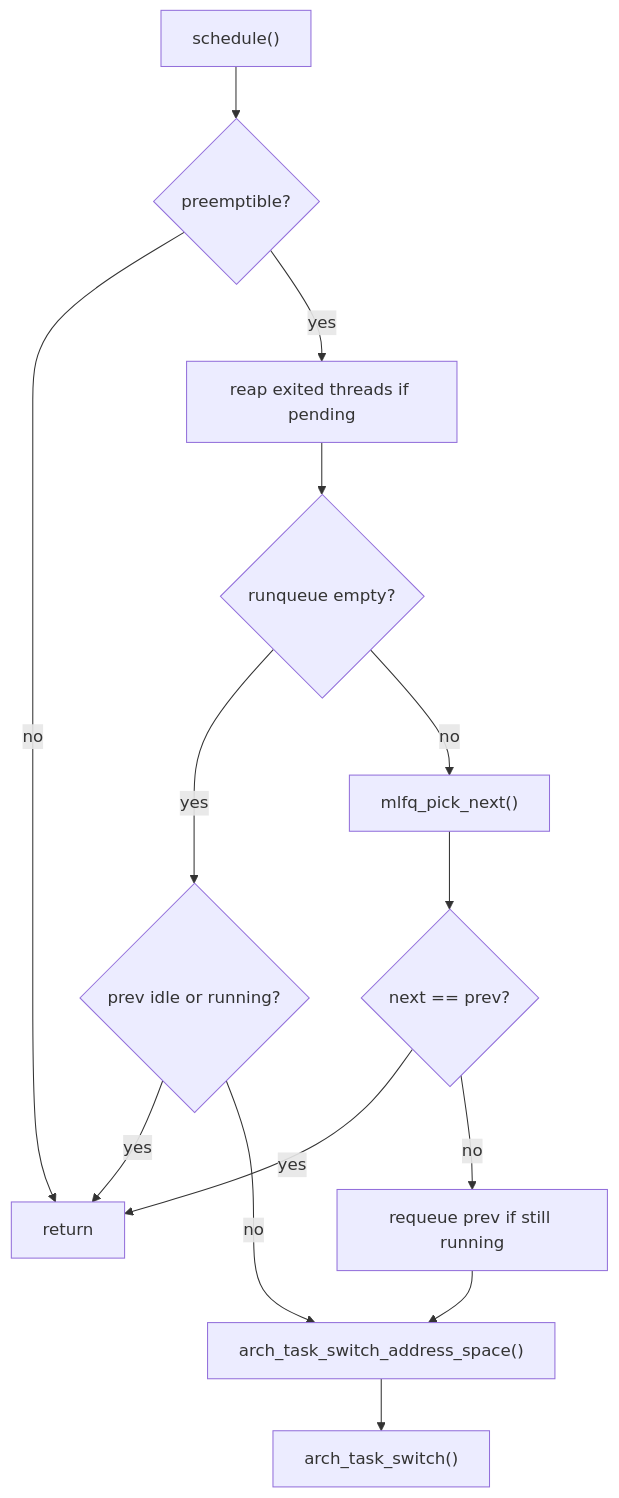
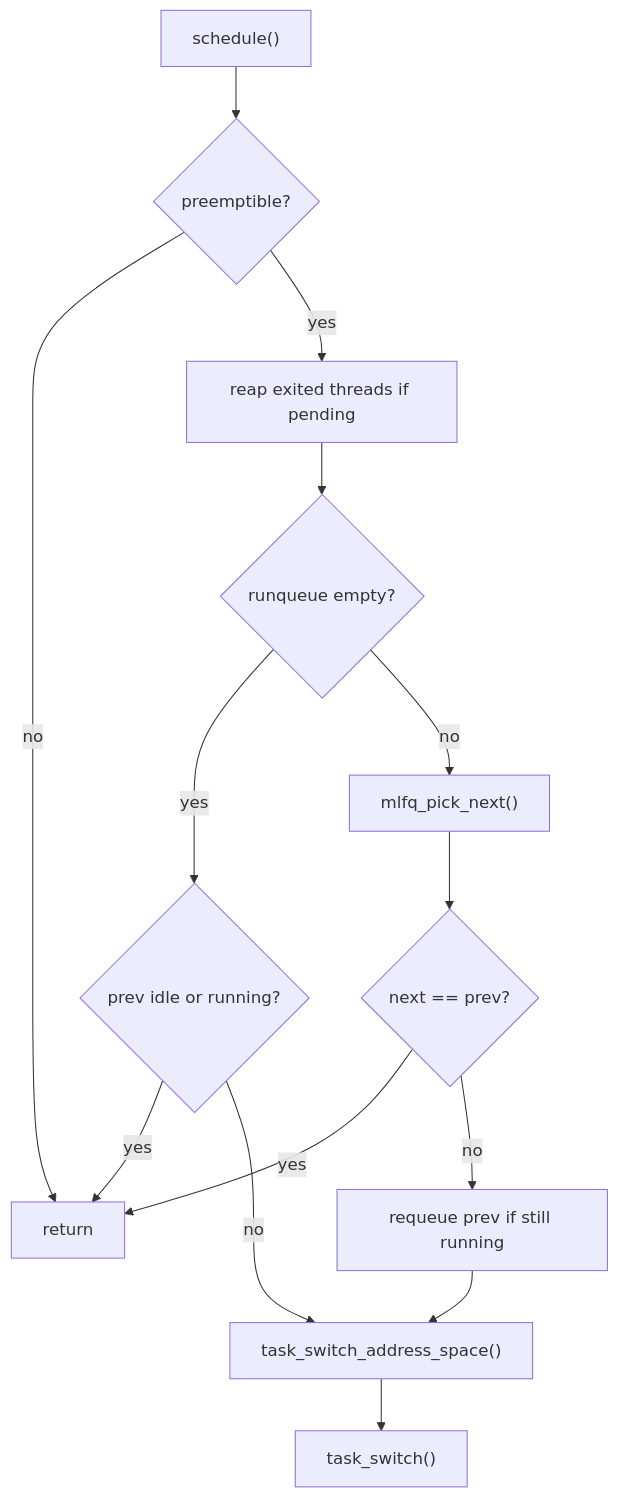
One commit to pillow-zx/CuteOS changed the second of 2 diagrams in docs/architecture/sched.md. Above: the diagram before and after it, drawn with Mermaid. The commit also changed other lines of this file and 19 other files, not shown here.

````diff
--- a/docs/architecture/sched.md
+++ b/docs/architecture/sched.md
@@ -124,24 +123,24 @@
 ```mermaid
 flowchart TD
     Enter["schedule()"]
     Preempt{"preemptible?"}
     Reap["reap exited threads if pending"]
     Empty{"runqueue empty?"}
     Idle{"prev idle or running?"}
     Pick["mlfq_pick_next()"]
     Same{"next == prev?"}
     Requeue["requeue prev if still running"]
-    SwitchAS["arch_task_switch_address_space()"]
-    Switch["arch_task_switch()"]
+    SwitchAS["task_switch_address_space()"]
+    Switch["task_switch()"]
     Return["return"]
 
     Enter --> Preempt
     Preempt -->|"no"| Return
     Preempt -->|"yes"| Reap --> Empty
     Empty -->|"yes"| Idle
     Idle -->|"yes"| Return
     Idle -->|"no"| SwitchAS
     Empty -->|"no"| Pick --> Same
     Same -->|"yes"| Return
     Same -->|"no"| Requeue --> SwitchAS --> Switch
 ```
````
